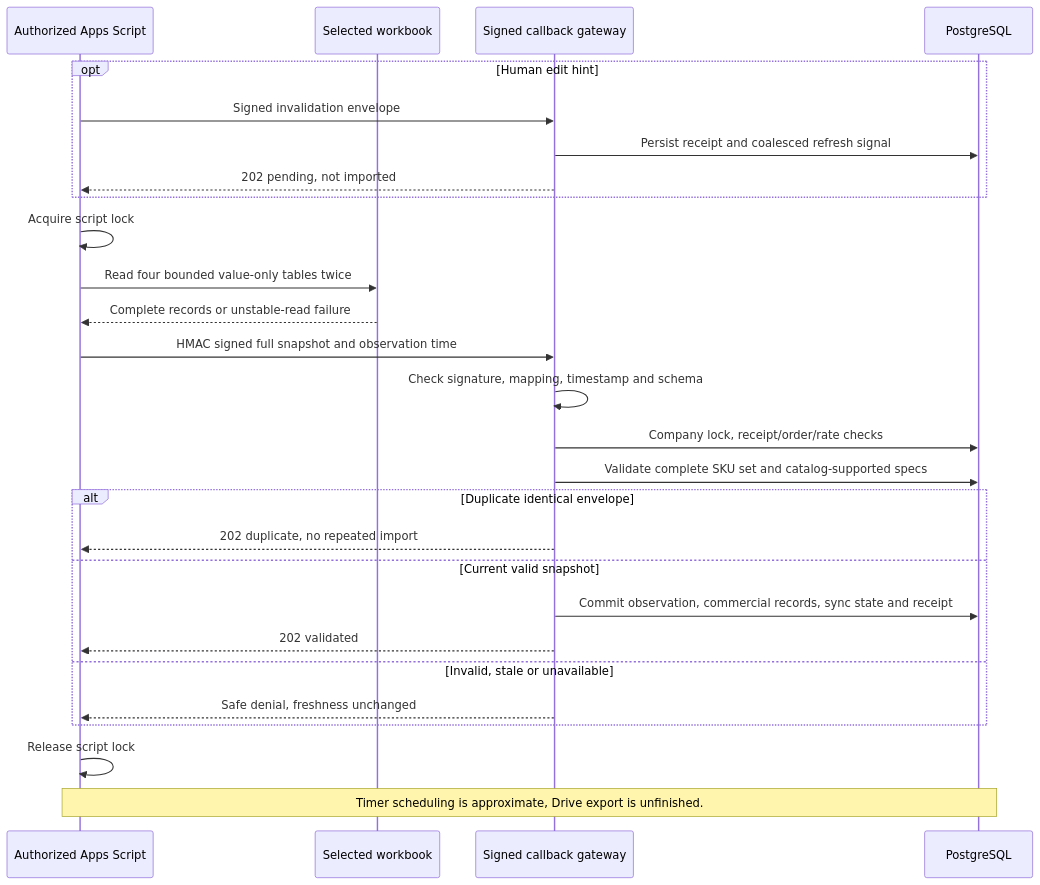
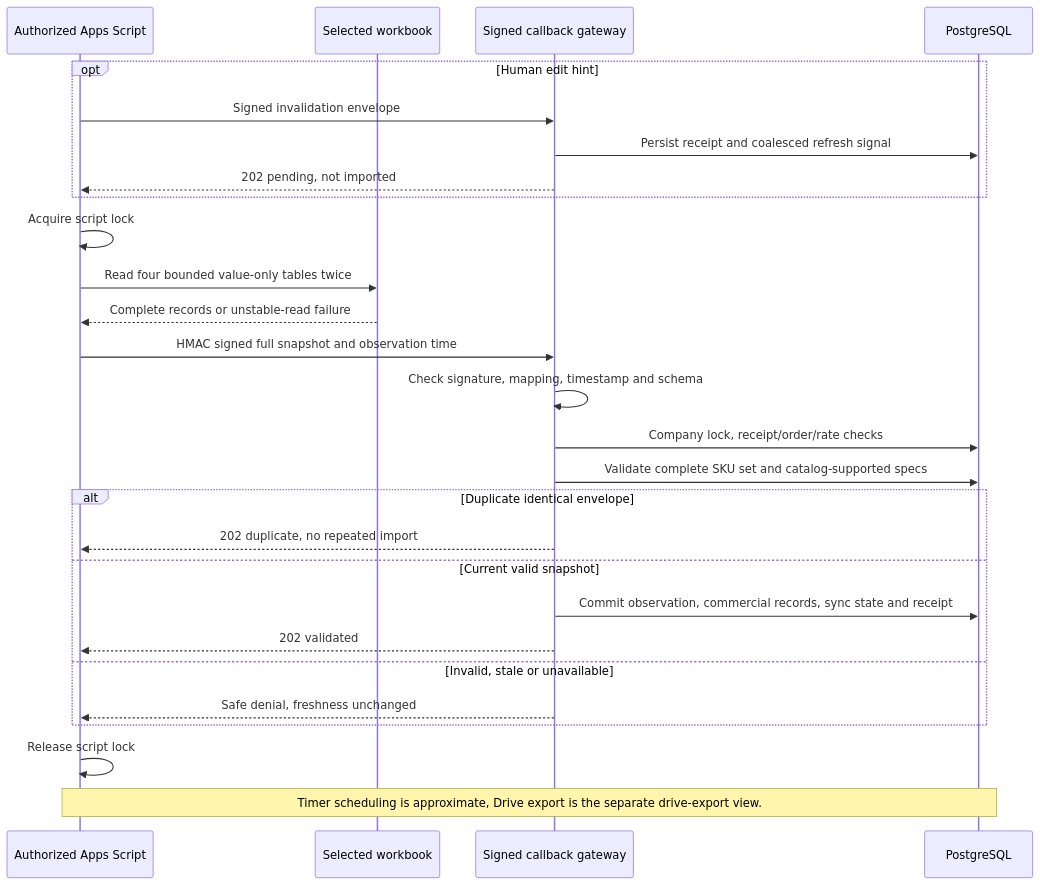
Before and after one commit to Nagdy8888/lumaquote: the first of 2 diagrams in docs/reference/GOOGLE_SYNC.md, drawn with Mermaid. The commit also changed other lines of this file and 120 other files, not shown here.

First line of the commit message:
feat: add evaluation set and media, Drive export, WhatsApp adapter, retention and restore drill

````diff
--- a/docs/reference/GOOGLE_SYNC.md
+++ b/docs/reference/GOOGLE_SYNC.md
@@ -21,31 +21,31 @@
 ```mermaid
 sequenceDiagram
   accTitle: Signed GAS full snapshot and atomic backend observation
   accDescr: Apps Script reads bounded tables under its script lock and verifies a stable double read. The gateway authenticates exact bytes and validates mapping, replay, complete records and catalog support before one database commit. Rejected snapshots never refresh freshness.
   participant GAS as Authorized Apps Script
   participant Sheet as Selected workbook
   participant API as Signed callback gateway
   participant DB as PostgreSQL
   opt Human edit hint
     GAS->>API: Signed invalidation envelope
     API->>DB: Persist receipt and coalesced refresh signal
     API-->>GAS: 202 pending, not imported
   end
   GAS->>GAS: Acquire script lock
   GAS->>Sheet: Read four bounded value-only tables twice
   Sheet-->>GAS: Complete records or unstable-read failure
   GAS->>API: HMAC signed full snapshot and observation time
   API->>API: Check signature, mapping, timestamp and schema
   API->>DB: Company lock, receipt/order/rate checks
   API->>DB: Validate complete SKU set and catalog-supported specs
   alt Duplicate identical envelope
     API-->>GAS: 202 duplicate, no repeated import
   else Current valid snapshot
     API->>DB: Commit observation, commercial records, sync state and receipt
     API-->>GAS: 202 validated
   else Invalid, stale or unavailable
     API-->>GAS: Safe denial, freshness unchanged
   end
   GAS->>GAS: Release script lock
-  Note over GAS,DB: Timer scheduling is approximate, Drive export is unfinished.
+  Note over GAS,DB: Timer scheduling is approximate, Drive export is the separate drive-export view.
 ```
````
